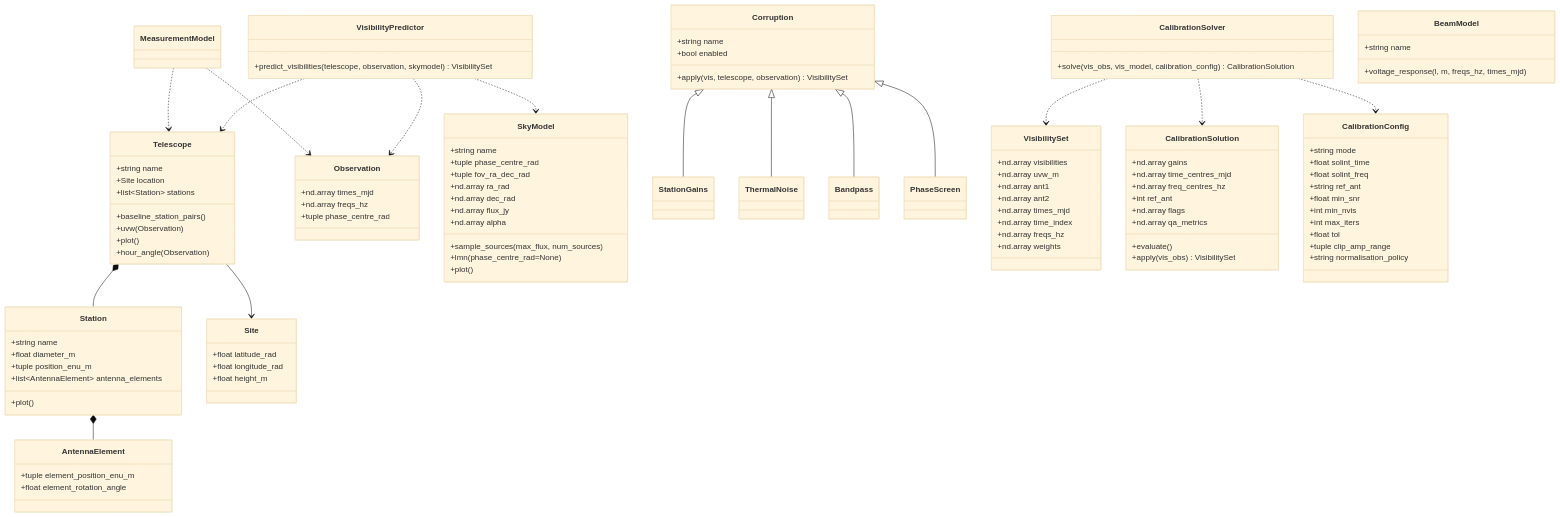
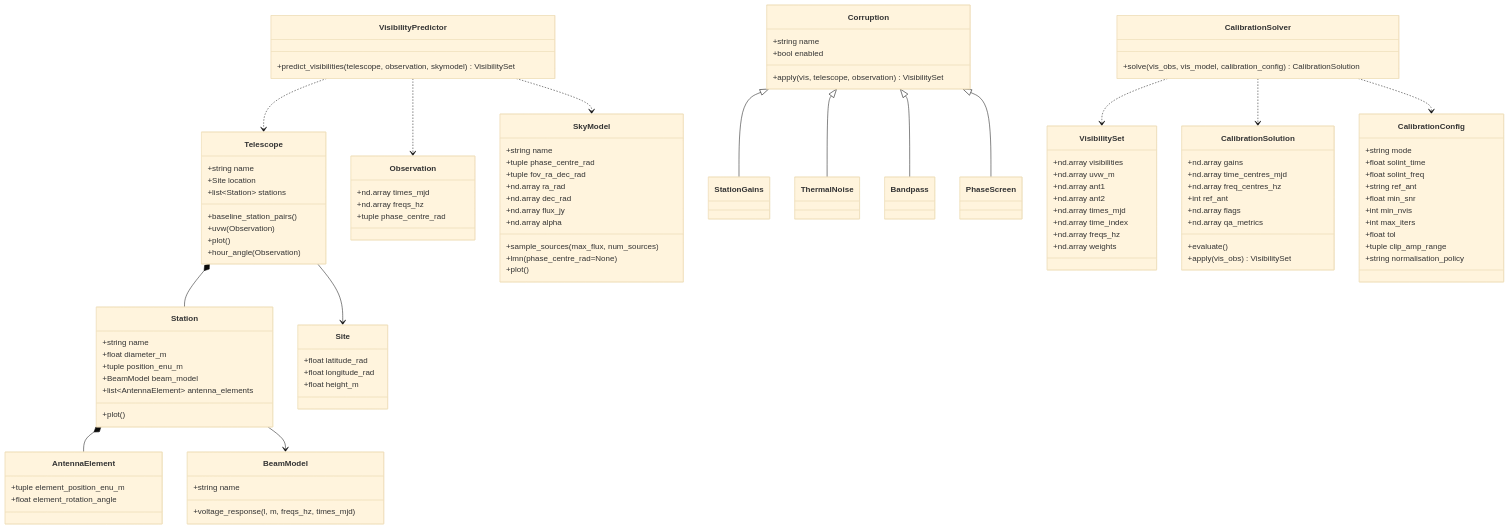
Before and after one commit to gemmadanks/radio-astronomy-playground: the diagram in docs/domain/aggregates.md, drawn with Mermaid (base theme).

```diff
--- a/docs/domain/aggregates.md
+++ b/docs/domain/aggregates.md
@@ -32,6 +32,7 @@
     Telescope *-- Station
     Telescope --> Site
     Station *-- AntennaElement
+    Station --> BeamModel
 
     VisibilityPredictor ..> Telescope
     VisibilityPredictor ..> Observation
@@ -45,9 +46,6 @@
     CalibrationSolver ..> VisibilitySet
     CalibrationSolver ..> CalibrationSolution
     CalibrationSolver ..> CalibrationConfig
-
-    MeasurementModel ..> Observation
-    MeasurementModel ..> Telescope
 
     class Telescope{
         +string name
@@ -70,6 +68,7 @@
       +string name
       +float diameter_m
       +tuple position_enu_m
+      +BeamModel beam_model
       +list~AntennaElement~ antenna_elements
       +plot()
     }
```
